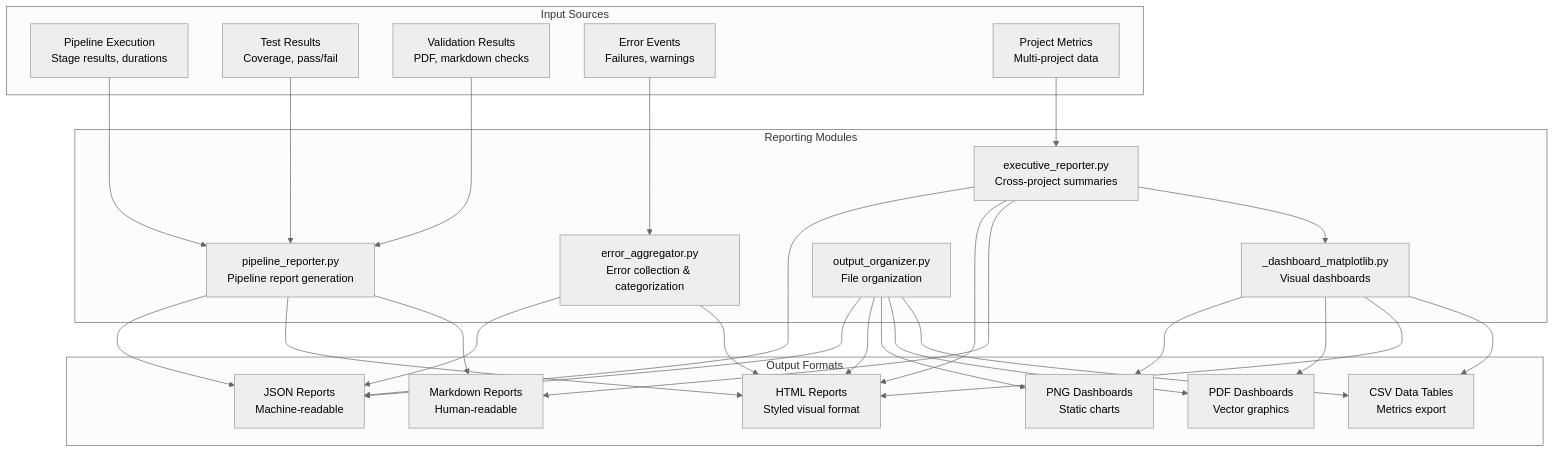
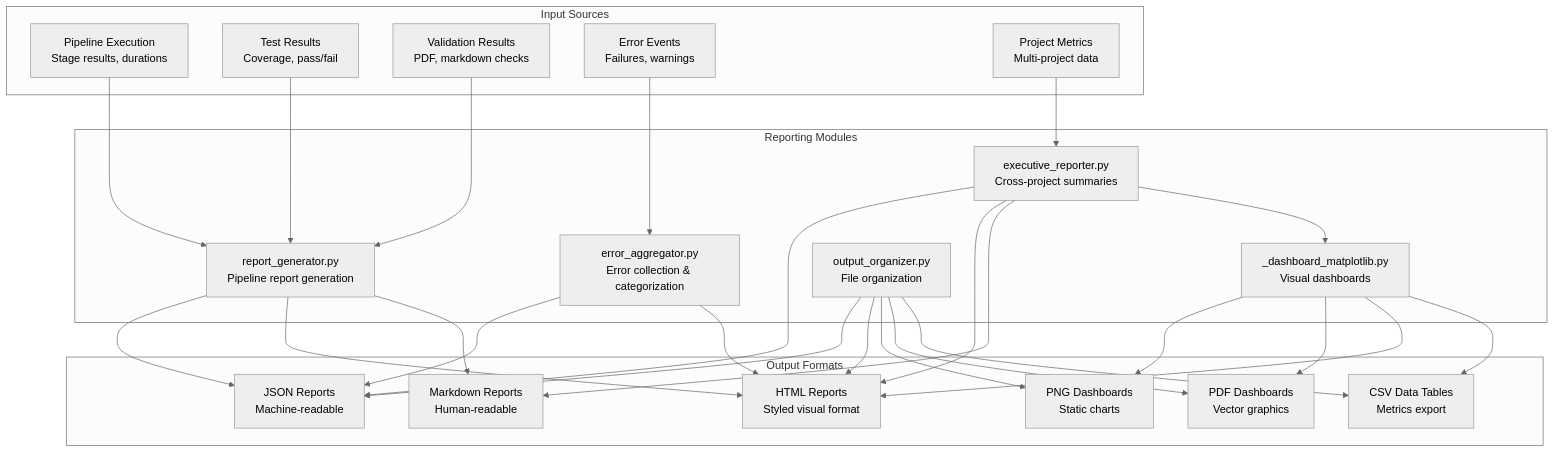
Before and after one commit to docxology/template: the diagram in infrastructure/reporting/README.md, drawn with Mermaid (neutral theme). The commit also changed 596 other files, not shown here.

````diff
--- a/infrastructure/reporting/README.md
+++ b/infrastructure/reporting/README.md
@@ -19,60 +19,60 @@
 ```mermaid
 graph TD
     subgraph InputSources["Input Sources"]
         PIPELINE[Pipeline Execution<br/>Stage results, durations]
         TESTS[Test Results<br/>Coverage, pass/fail]
         VALIDATION[Validation Results<br/>PDF, markdown checks]
         ERRORS[Error Events<br/>Failures, warnings]
         PROJECTS[Project Metrics<br/>Multi-project data]
     end
 
     subgraph ReportingModules["Reporting Modules"]
-        PIPELINE_REP[pipeline_reporter.py<br/>Pipeline report generation]
+        PIPELINE_REP[report_generator.py<br/>Pipeline report generation]
         ERROR_AGG[error_aggregator.py<br/>Error collection & categorization]
         EXEC_REP[executive_reporter.py<br/>Cross-project summaries]
         DASHBOARD[_dashboard_matplotlib.py<br/>Visual dashboards]
         OUTPUT_ORG[output_organizer.py<br/>File organization]
     end
 
     subgraph OutputFormats["Output Formats"]
         JSON[JSON Reports<br/>Machine-readable]
         HTML[HTML Reports<br/>Styled visual format]
         MARKDOWN[Markdown Reports<br/>Human-readable]
         PNG[PNG Dashboards<br/>Static charts]
         PDF[PDF Dashboards<br/>Vector graphics]
         CSV[CSV Data Tables<br/>Metrics export]
     end
 
     PIPELINE --> PIPELINE_REP
     TESTS --> PIPELINE_REP
     VALIDATION --> PIPELINE_REP
     ERRORS --> ERROR_AGG
     PROJECTS --> EXEC_REP
 
     PIPELINE_REP --> JSON
     PIPELINE_REP --> HTML
     PIPELINE_REP --> MARKDOWN
 
     ERROR_AGG --> JSON
     ERROR_AGG --> HTML
 
     EXEC_REP --> JSON
     EXEC_REP --> HTML
     EXEC_REP --> MARKDOWN
 
     EXEC_REP --> DASHBOARD
     DASHBOARD --> PNG
     DASHBOARD --> PDF
     DASHBOARD --> HTML
     DASHBOARD --> CSV
 
     OUTPUT_ORG --> JSON
     OUTPUT_ORG --> HTML
     OUTPUT_ORG --> PNG
     OUTPUT_ORG --> PDF
     OUTPUT_ORG --> CSV
 
     class InputSources input
     class ReportingModules module
     class OutputFormats output
 ```
````
